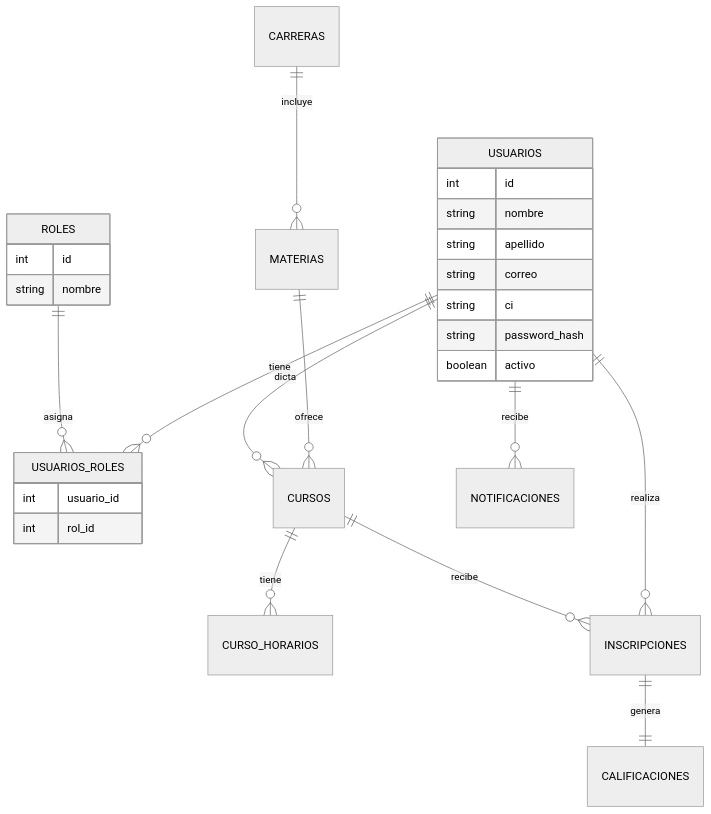
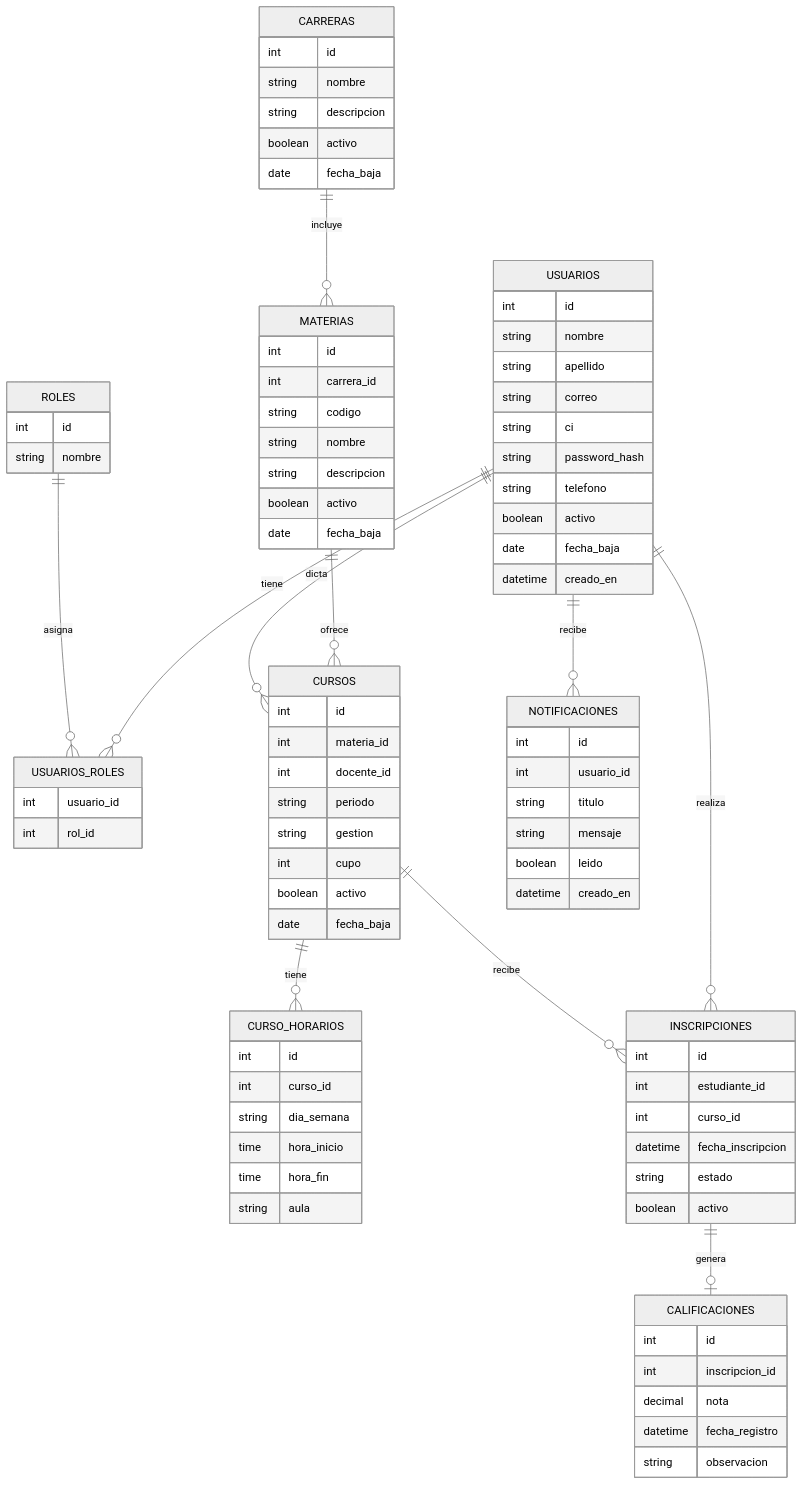
Before and after one commit to elunboundfiremail/WebAppAcademico: the second of 14 diagrams in README.md, drawn with Mermaid (neutral theme).

Commit message:
docs: completar diagrama ER

````diff
--- a/README.md
+++ b/README.md
@@ -130,7 +130,7 @@
   CURSOS ||--o{ CURSO_HORARIOS : tiene
   USUARIOS ||--o{ INSCRIPCIONES : realiza
   CURSOS ||--o{ INSCRIPCIONES : recibe
-  INSCRIPCIONES ||--|| CALIFICACIONES : genera
+  INSCRIPCIONES ||--o| CALIFICACIONES : genera
   USUARIOS ||--o{ NOTIFICACIONES : recibe
 
   USUARIOS {
@@ -140,7 +140,10 @@
     string correo
     string ci
     string password_hash
+    string telefono
     boolean activo
+    date fecha_baja
+    datetime creado_en
   }
   ROLES {
     int id
@@ -150,4 +153,61 @@
     int usuario_id
     int rol_id
   }
+  CARRERAS {
+    int id
+    string nombre
+    string descripcion
+    boolean activo
+    date fecha_baja
+  }
+  MATERIAS {
+    int id
+    int carrera_id
+    string codigo
+    string nombre
+    string descripcion
+    boolean activo
+    date fecha_baja
+  }
+  CURSOS {
+    int id
+    int materia_id
+    int docente_id
+    string periodo
+    string gestion
+    int cupo
+    boolean activo
+    date fecha_baja
+  }
+  CURSO_HORARIOS {
+    int id
+    int curso_id
+    string dia_semana
+    time hora_inicio
+    time hora_fin
+    string aula
+  }
+  INSCRIPCIONES {
+    int id
+    int estudiante_id
+    int curso_id
+    datetime fecha_inscripcion
+    string estado
+    boolean activo
+  }
+  CALIFICACIONES {
+    int id
+    int inscripcion_id
+    decimal nota
+    datetime fecha_registro
+    string observacion
+  }
+  NOTIFICACIONES {
+    int id
+    int usuario_id
+    string titulo
+    string mensaje
+    boolean leido
+    datetime creado_en
+  }
 ```
````
